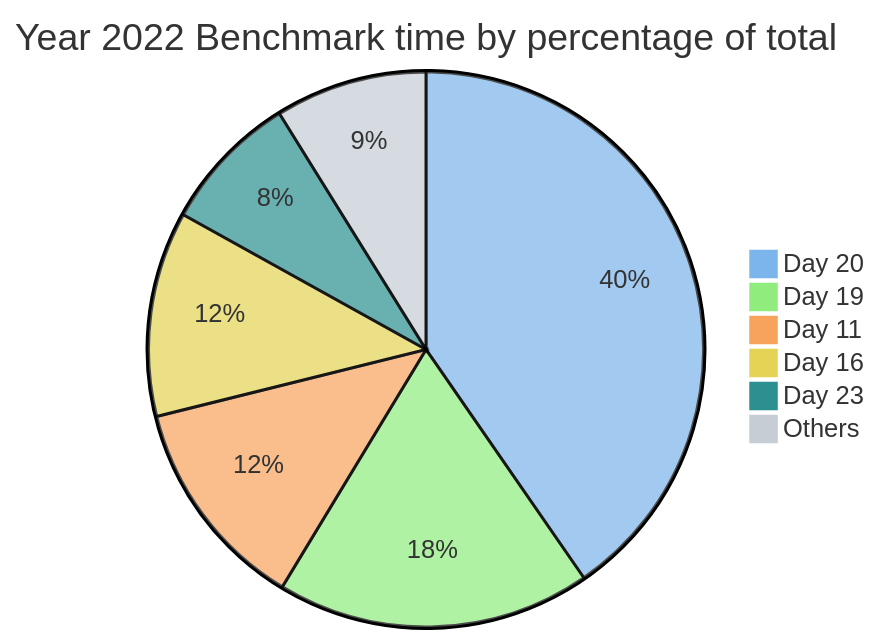
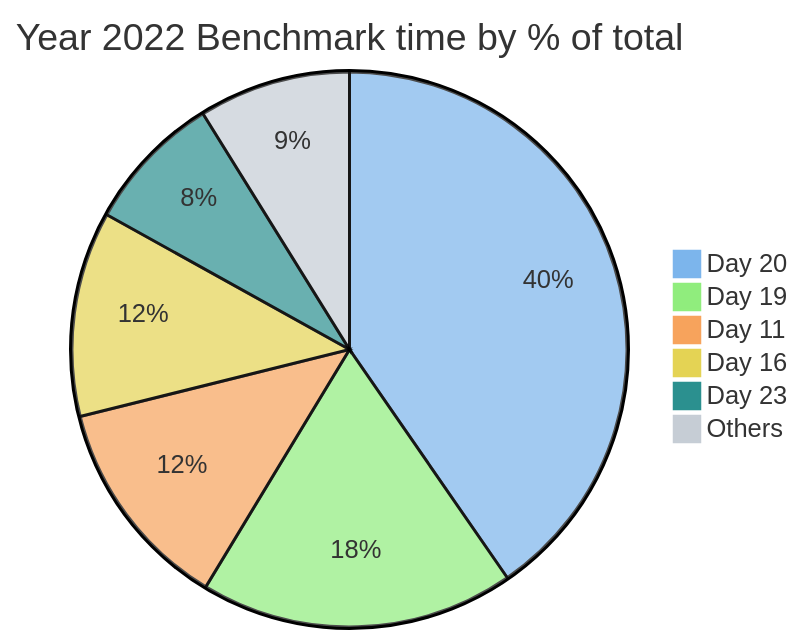
Before and after one commit to maneatingape/advent-of-code-rust: the first of 2 diagrams in README.md, drawn with Mermaid. The commit also changed other lines of this file, not shown here.

Commit message:
Update benchmark data

````diff
--- a/README.md
+++ b/README.md
@@ -51,11 +51,11 @@
 ```mermaid
 %%{init: {'theme': 'base', 'themeVariables': { 'pie1': '#7cb5ec', 'pie2': '#90ed7d', 'pie3': '#f7a35c', 'pie4': '#e4d354', 'pie5': '#2b908f', 'pie6': '#c6cdd5'}}}%%
 pie
-    title Year 2022 Benchmark time by percentage of total
+    title Year 2022 Benchmark time by % of total
     "Day 20" : 7509
     "Day 19" : 3402
     "Day 11" : 2317
     "Day 16" : 2222
     "Day 23" : 1503
     "Others" : 1646
 ```
````
